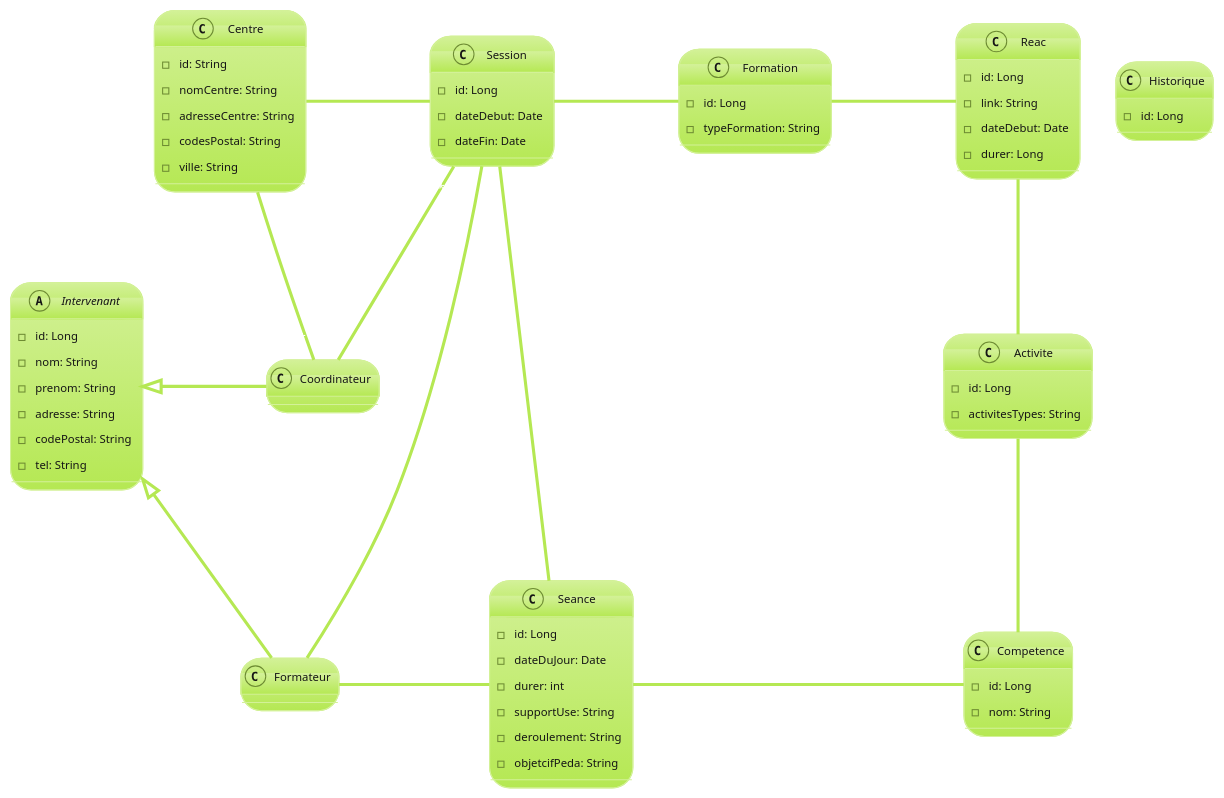
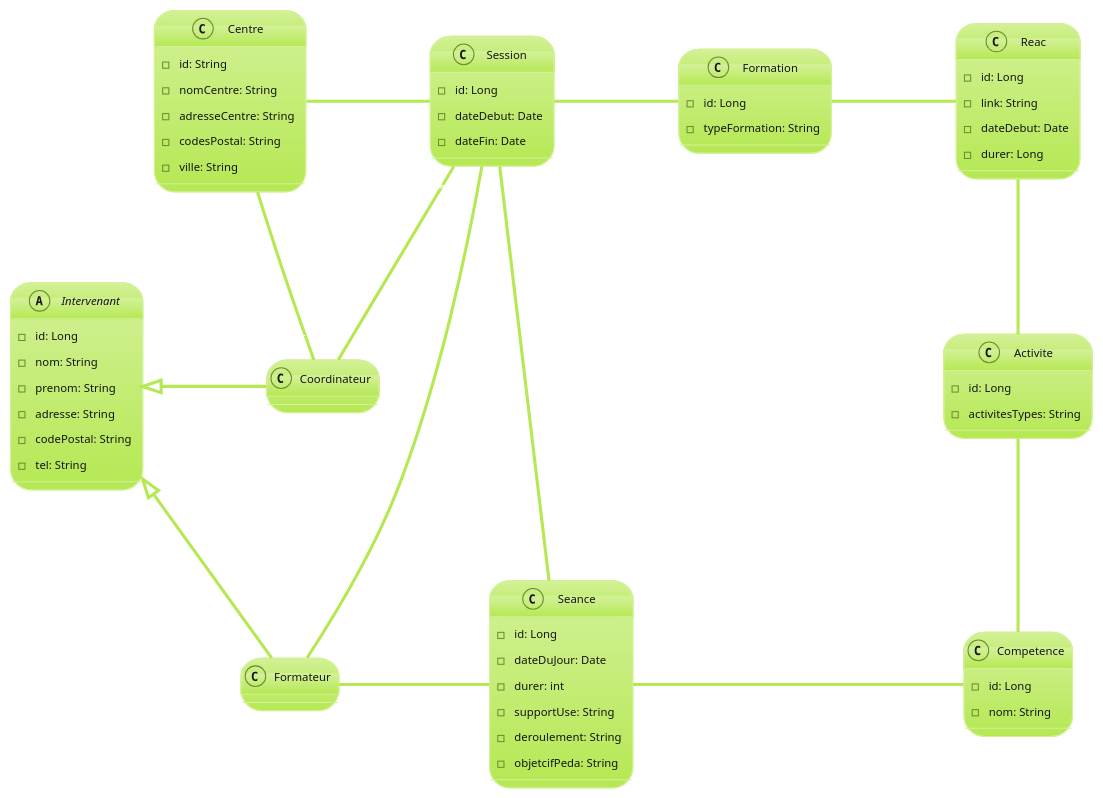
The diagram in doc/ClassDiagram.puml (GreenHawk-99/AppGreta), drawn with PlantUML before and after one commit. The commit also changed 10 other files, not shown here.

```diff
--- a/doc/ClassDiagram.puml
+++ b/doc/ClassDiagram.puml
@@ -1,70 +1,66 @@
 @startuml
 !theme hacker
 
 abstract class Intervenant {
 -id: Long
 -nom: String
 -prenom: String
 -adresse: String
 -codePostal: String
 -tel: String
 }
 class Coordinateur
 class Formateur
 class Seance {
 -id: Long
 -dateDuJour: Date
 -durer: int
 -supportUse: String
 -deroulement: String
 -objetcifPeda: String
 }
 class Centre {
 -id: String
 -nomCentre: String
 -adresseCentre: String
 -codesPostal: String
 -ville: String
 }
 class Session {
 -id: Long
 -dateDebut: Date
 -dateFin: Date
 }
 class Formation {
 -id: Long
 -typeFormation: String
 }
 class Reac {
 -id: Long
 -link: String
 -dateDebut: Date
 -durer: Long
 }
 class Activite {
 -id: Long
 -activitesTypes: String
 }
 class Competence {
 -id: Long
 -nom: String
 }
-class Historique{
--id: Long
-}
-
 
 Intervenant <|- Coordinateur :"\t\t\t"
 Intervenant <|-- Formateur :"\t\t\t"
 Formateur "1" - "*" Seance :"\t\t\t\t"
 Session "*" - "*" Formateur :"\t"
 Centre "*" -- "*" Coordinateur :"\t\t\t"
 Centre "1" - "*" Session :"\t\t\t"
 Session "*" -- "1" Coordinateur
 Session "1" - "*" Seance :"\t"
 Session "*" - "1" Formation :"\t\t\t"
 Formation "1" - "*" Reac :"\t\t\t"
 Reac "1" -- "*" Activite :"\t\t\t"
 Activite "1" -- "*" Competence :"\t\t\t"
 Seance "*" - "1..*" Competence :"\t\t\t\t\t\t\t\t\t\t\t"
 @enduml
```
